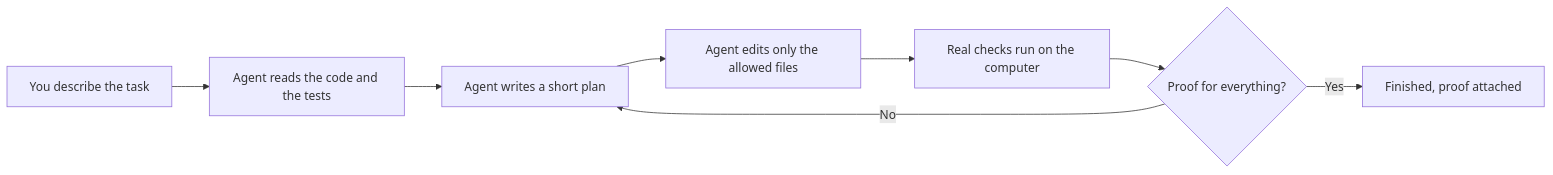
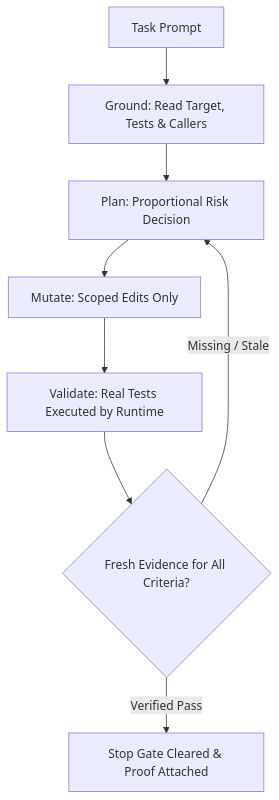
One commit to SalauddinAhmad/progravity changed the diagram in README.md. Above: the diagram before and after it, drawn with Mermaid. The commit also changed other lines of this file, not shown here.

````diff
--- a/README.md
+++ b/README.md
@@ -78,10 +78,10 @@
 ```mermaid
-flowchart LR
-  A[You describe the task] --> B[Agent reads the code and the tests]
-  B --> C[Agent writes a short plan]
-  C --> D[Agent edits only the allowed files]
-  D --> E[Real checks run on the computer]
-  E --> F{Proof for everything?}
-  F -->|No| C
-  F -->|Yes| G[Finished, proof attached]
+flowchart TD
+  A[Task Prompt] --> B[Ground: Read Target, Tests & Callers]
+  B --> C[Plan: Proportional Risk Decision]
+  C --> D[Mutate: Scoped Edits Only]
+  D --> E[Validate: Real Tests Executed by Runtime]
+  E --> F{Fresh Evidence for All Criteria?}
+  F -->|Missing / Stale| C
+  F -->|Verified Pass| G[Stop Gate Cleared & Proof Attached]
 ```
````
